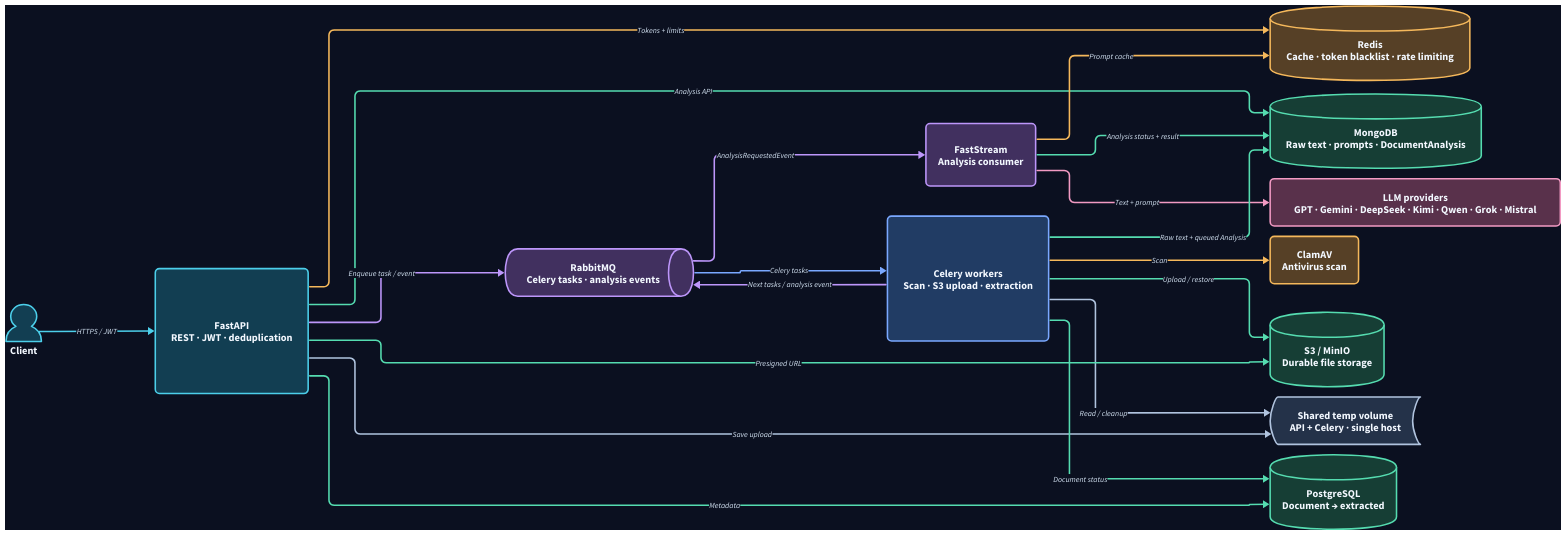
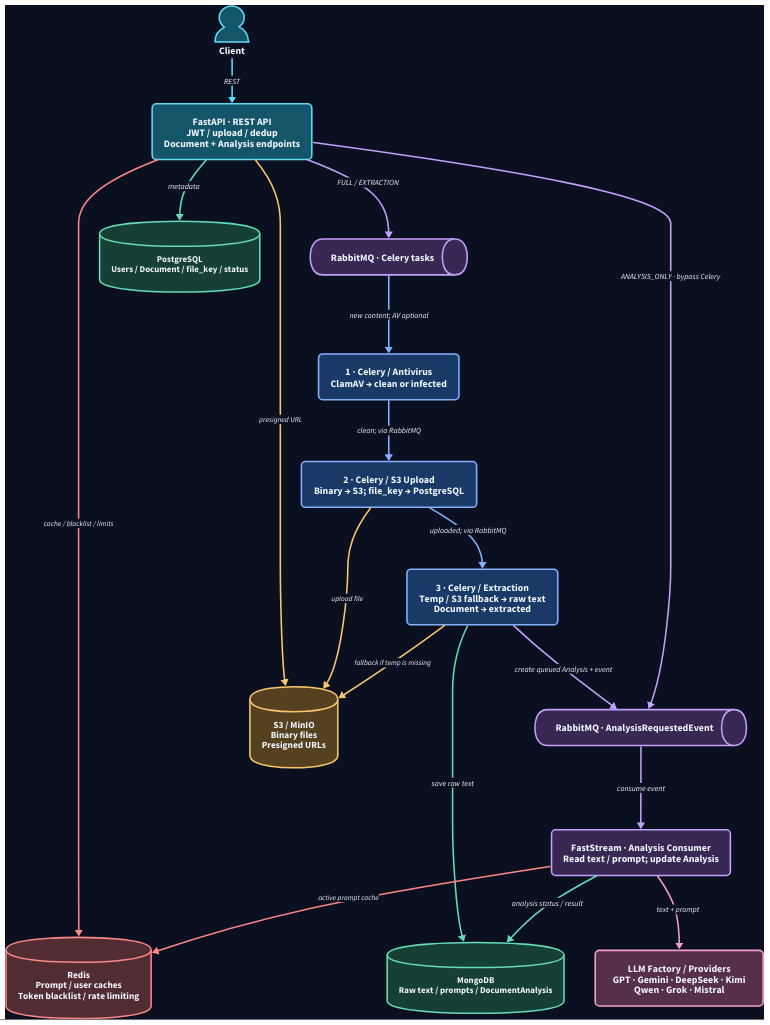
Before and after one commit to SadLaboka/DocMind: the diagram in docs/images/component.d2, drawn with D2. The commit also changed other lines of this file and 3 other files, not shown here.

Commit message:
update component diagrams

```diff
--- a/docs/images/component.d2
+++ b/docs/images/component.d2
@@ -1,331 +1,337 @@
-# Dark, high-contrast component diagram. No external theme required.
-# ELK keeps the multi-service flow readable; the background is explicitly set.
+# DocMind component boundaries. Vertical reading order is intentional.
+# Detailed individual I/O calls are in the sequence diagrams.
 vars: {
   d2-config: {
-    layout-engine: elk
-    pad: 60
+    layout-engine: dagre
+    pad: 28
   }
 }
-direction: right
-style: {
-  fill: "#0B1020"
-}
+direction: down
+style: { fill: "#0B1020" }
 
 client: "Client" {
   shape: person
   style: {
-    fill: "#123E52"
-    stroke: "#4CCFEA"
+    fill: "#15556A"
+    stroke: "#64D9F2"
     stroke-width: 3
-    font-color: "#F3F8FF"
-    font-size: 20
+    font-color: "#F1F6FF"
+    font-size: 19
     bold: true
     border-radius: 8
   }
 }
 
-api: "FastAPI\nREST · JWT · deduplication" {
+api: "FastAPI · REST API\nJWT / upload / dedup\nDocument + Analysis endpoints" {
   shape: rectangle
   style: {
-    fill: "#123E52"
-    stroke: "#4CCFEA"
+    fill: "#15556A"
+    stroke: "#64D9F2"
     stroke-width: 3
-    font-color: "#F3F8FF"
-    font-size: 20
+    font-color: "#F1F6FF"
+    font-size: 19
     bold: true
     border-radius: 8
   }
 }
 
-broker: "RabbitMQ\nCelery tasks · analysis events" {
+file_queue: "RabbitMQ · Celery tasks" {
   shape: queue
   style: {
-    fill: "#41305F"
-    stroke: "#BD96FA"
+    fill: "#392854"
+    stroke: "#C2A1FA"
     stroke-width: 3
-    font-color: "#F3F8FF"
-    font-size: 20
+    font-color: "#F1F6FF"
+    font-size: 19
     bold: true
     border-radius: 8
   }
 }
 
-workers: "Celery workers\nScan · S3 upload · extraction" {
+scan: "1 · Celery / Antivirus\nClamAV → clean or infected" {
   shape: rectangle
   style: {
-    fill: "#213C64"
-    stroke: "#7AA8FF"
+    fill: "#193A67"
+    stroke: "#84B1FF"
     stroke-width: 3
-    font-color: "#F3F8FF"
-    font-size: 20
+    font-color: "#F1F6FF"
+    font-size: 19
     bold: true
     border-radius: 8
   }
 }
 
-consumer: "FastStream\nAnalysis consumer" {
+upload: "2 · Celery / S3 Upload\nBinary → S3; file_key → PostgreSQL" {
   shape: rectangle
   style: {
-    fill: "#41305F"
-    stroke: "#BD96FA"
+    fill: "#193A67"
+    stroke: "#84B1FF"
     stroke-width: 3
-    font-color: "#F3F8FF"
-    font-size: 20
+    font-color: "#F1F6FF"
+    font-size: 19
     bold: true
     border-radius: 8
   }
 }
 
-llm: "LLM providers\nGPT · Gemini · DeepSeek · Kimi · Qwen · Grok · Mistral" {
+extract: "3 · Celery / Extraction\nTemp / S3 fallback → raw text\nDocument → extracted" {
   shape: rectangle
   style: {
-    fill: "#59314B"
-    stroke: "#F29AC3"
+    fill: "#193A67"
+    stroke: "#84B1FF"
     stroke-width: 3
-    font-color: "#F3F8FF"
-    font-size: 20
+    font-color: "#F1F6FF"
+    font-size: 19
     bold: true
     border-radius: 8
   }
 }
 
-temp: "Shared temp volume\nAPI + Celery · single host" {
-  shape: stored_data
+analysis_queue: "RabbitMQ · AnalysisRequestedEvent" {
+  shape: queue
   style: {
-    fill: "#243249"
-    stroke: "#B0C3DE"
+    fill: "#392854"
+    stroke: "#C2A1FA"
     stroke-width: 3
-    font-color: "#F3F8FF"
-    font-size: 20
+    font-color: "#F1F6FF"
+    font-size: 19
     bold: true
     border-radius: 8
   }
 }
 
-clam: "ClamAV\nAntivirus scan" {
+consumer: "FastStream · Analysis Consumer\nRead text / prompt; update Analysis" {
   shape: rectangle
   style: {
-    fill: "#564026"
-    stroke: "#F5B85B"
+    fill: "#392854"
+    stroke: "#C2A1FA"
     stroke-width: 3
-    font-color: "#F3F8FF"
-    font-size: 20
+    font-color: "#F1F6FF"
+    font-size: 19
     bold: true
     border-radius: 8
   }
 }
 
-pg: "PostgreSQL\nDocument → extracted" {
-  shape: cylinder
+llm: "LLM Factory / Providers\nGPT · Gemini · DeepSeek · Kimi\nQwen · Grok · Mistral" {
+  shape: rectangle
   style: {
-    fill: "#163E35"
-    stroke: "#55DCB0"
+    fill: "#563049"
+    stroke: "#F1A1C9"
     stroke-width: 3
-    font-color: "#F3F8FF"
-    font-size: 20
+    font-color: "#F1F6FF"
+    font-size: 19
     bold: true
     border-radius: 8
   }
 }
 
-mongo: "MongoDB\nRaw text · prompts · DocumentAnalysis" {
+pg: "PostgreSQL\nUsers / Document / file_key / status" {
   shape: cylinder
   style: {
-    fill: "#163E35"
-    stroke: "#55DCB0"
+    fill: "#163F35"
+    stroke: "#66DAB6"
     stroke-width: 3
-    font-color: "#F3F8FF"
-    font-size: 20
+    font-color: "#F1F6FF"
+    font-size: 17
     bold: true
     border-radius: 8
   }
 }
 
-s3: "S3 / MinIO\nDurable file storage" {
+mongo: "MongoDB\nRaw text / prompts / DocumentAnalysis" {
   shape: cylinder
   style: {
-    fill: "#163E35"
-    stroke: "#55DCB0"
+    fill: "#163F35"
+    stroke: "#66DAB6"
     stroke-width: 3
-    font-color: "#F3F8FF"
-    font-size: 20
+    font-color: "#F1F6FF"
+    font-size: 17
     bold: true
     border-radius: 8
   }
 }
 
-redis: "Redis\nCache · token blacklist · rate limiting" {
+
+# Separate infrastructure services: keep them visible, as in the original diagram.
+redis: "Redis\nPrompt / user caches\nToken blacklist / rate limiting" {
   shape: cylinder
   style: {
-    fill: "#564026"
-    stroke: "#F5B85B"
+    fill: "#512C32"
+    stroke: "#FB8686"
     stroke-width: 3
-    font-color: "#F3F8FF"
-    font-size: 20
+    font-color: "#F1F6FF"
+    font-size: 18
     bold: true
     border-radius: 8
   }
 }
 
-# Colored connections; short labels prevent overcrowding.
-client -> api: "HTTPS / JWT" {
+s3: "S3 / MinIO\nBinary files\nPresigned URLs" {
+  shape: cylinder
   style: {
-    stroke: "#4CCFEA"
+    fill: "#55401F"
+    stroke: "#F9C66E"
     stroke-width: 3
-    font-color: "#D6E5F5"
+    font-color: "#F1F6FF"
+    font-size: 18
+    bold: true
+    border-radius: 8
+  }
+}
+
+client -> api: "REST" {
+  style: {
+    stroke: "#64D9F2"
+    stroke-width: 3
+    font-color: "#F1F6FF"
     font-size: 15
   }
 }
 
-api -> broker: "Enqueue task / event" {
+api -> file_queue: "FULL / EXTRACTION" {
   style: {
-    stroke: "#BD96FA"
+    stroke: "#C2A1FA"
     stroke-width: 3
-    font-color: "#D6E5F5"
+    font-color: "#F1F6FF"
     font-size: 15
   }
 }
 
-broker -> workers: "Celery tasks" {
+file_queue -> scan: "new content; AV optional" {
   style: {
-    stroke: "#7AA8FF"
+    stroke: "#84B1FF"
     stroke-width: 3
-    font-color: "#D6E5F5"
+    font-color: "#F1F6FF"
     font-size: 15
   }
 }
 
-workers -> broker: "Next tasks / analysis event" {
+scan -> upload: "clean; via RabbitMQ" {
   style: {
-    stroke: "#BD96FA"
+    stroke: "#84B1FF"
     stroke-width: 3
-    font-color: "#D6E5F5"
+    font-color: "#F1F6FF"
     font-size: 15
   }
 }
 
-broker -> consumer: "AnalysisRequestedEvent" {
+upload -> extract: "uploaded; via RabbitMQ" {
   style: {
-    stroke: "#BD96FA"
+    stroke: "#84B1FF"
     stroke-width: 3
-    font-color: "#D6E5F5"
+    font-color: "#F1F6FF"
     font-size: 15
   }
 }
 
-consumer -> llm: "Text + prompt" {
+extract -> analysis_queue: "create queued Analysis + event" {
   style: {
-    stroke: "#F29AC3"
+    stroke: "#C2A1FA"
     stroke-width: 3
-    font-color: "#D6E5F5"
+    font-color: "#F1F6FF"
     font-size: 15
   }
 }
 
-api -> temp: "Save upload" {
+analysis_queue -> consumer: "consume event" {
   style: {
-    stroke: "#B0C3DE"
+    stroke: "#C2A1FA"
     stroke-width: 3
-    font-color: "#D6E5F5"
+    font-color: "#F1F6FF"
     font-size: 15
   }
 }
 
-workers -> temp: "Read / cleanup" {
+consumer -> llm: "text + prompt" {
   style: {
-    stroke: "#B0C3DE"
+    stroke: "#F1A1C9"
     stroke-width: 3
-    font-color: "#D6E5F5"
+    font-color: "#F1F6FF"
     font-size: 15
   }
 }
 
-workers -> clam: "Scan" {
+api -> pg: "metadata" {
   style: {
-    stroke: "#F5B85B"
+    stroke: "#66DAB6"
     stroke-width: 3
-    font-color: "#D6E5F5"
+    font-color: "#F1F6FF"
     font-size: 15
   }
 }
 
-workers -> s3: "Upload / restore" {
+extract -> mongo: "save raw text" {
   style: {
-    stroke: "#55DCB0"
+    stroke: "#66DAB6"
     stroke-width: 3
-    font-color: "#D6E5F5"
+    font-color: "#F1F6FF"
     font-size: 15
   }
 }
 
-api -> s3: "Presigned URL" {
+consumer -> mongo: "analysis status / result" {
   style: {
-    stroke: "#55DCB0"
+    stroke: "#66DAB6"
     stroke-width: 3
-    font-color: "#D6E5F5"
+    font-color: "#F1F6FF"
     font-size: 15
   }
 }
 
-api -> pg: "Metadata" {
+api -> analysis_queue: "ANALYSIS_ONLY · bypass Celery" {
   style: {
-    stroke: "#55DCB0"
+    stroke: "#C2A1FA"
     stroke-width: 3
-    font-color: "#D6E5F5"
+    font-color: "#F1F6FF"
     font-size: 15
   }
 }
 
-workers -> pg: "Document status" {
+
+# PostgreSQL owns Document state; MongoDB owns raw text and Analysis.
+# Infrastructure connections (independent nodes, not text inside worker blocks).
+api -> redis: "cache / blacklist / limits" {
   style: {
-    stroke: "#55DCB0"
+    stroke: "#FB8686"
     stroke-width: 3
-    font-color: "#D6E5F5"
-    font-size: 15
+    font-color: "#F1F6FF"
+    font-size: 14
   }
 }
 
-api -> mongo: "Analysis API" {
+consumer -> redis: "active prompt cache" {
   style: {
-    stroke: "#55DCB0"
+    stroke: "#FB8686"
     stroke-width: 3
-    font-color: "#D6E5F5"
-    font-size: 15
+    font-color: "#F1F6FF"
+    font-size: 14
   }
 }
 
-workers -> mongo: "Raw text + queued Analysis" {
+api -> s3: "presigned URL" {
   style: {
-    stroke: "#55DCB0"
+    stroke: "#F9C66E"
     stroke-width: 3
-    font-color: "#D6E5F5"
-    font-size: 15
+    font-color: "#F1F6FF"
+    font-size: 14
   }
 }
 
-consumer -> mongo: "Analysis status + result" {
+upload -> s3: "upload file" {
   style: {
-    stroke: "#55DCB0"
+    stroke: "#F9C66E"
     stroke-width: 3
-    font-color: "#D6E5F5"
-    font-size: 15
+    font-color: "#F1F6FF"
+    font-size: 14
   }
 }
 
-api -> redis: "Tokens + limits" {
+extract -> s3: "fallback if temp is missing" {
   style: {
-    stroke: "#F5B85B"
+    stroke: "#F9C66E"
     stroke-width: 3
-    font-color: "#D6E5F5"
-    font-size: 15
+    font-color: "#F1F6FF"
+    font-size: 14
   }
 }
-
-consumer -> redis: "Prompt cache" {
-  style: {
-    stroke: "#F5B85B"
-    stroke-width: 3
-    font-color: "#D6E5F5"
-    font-size: 15
-  }
-}
```
